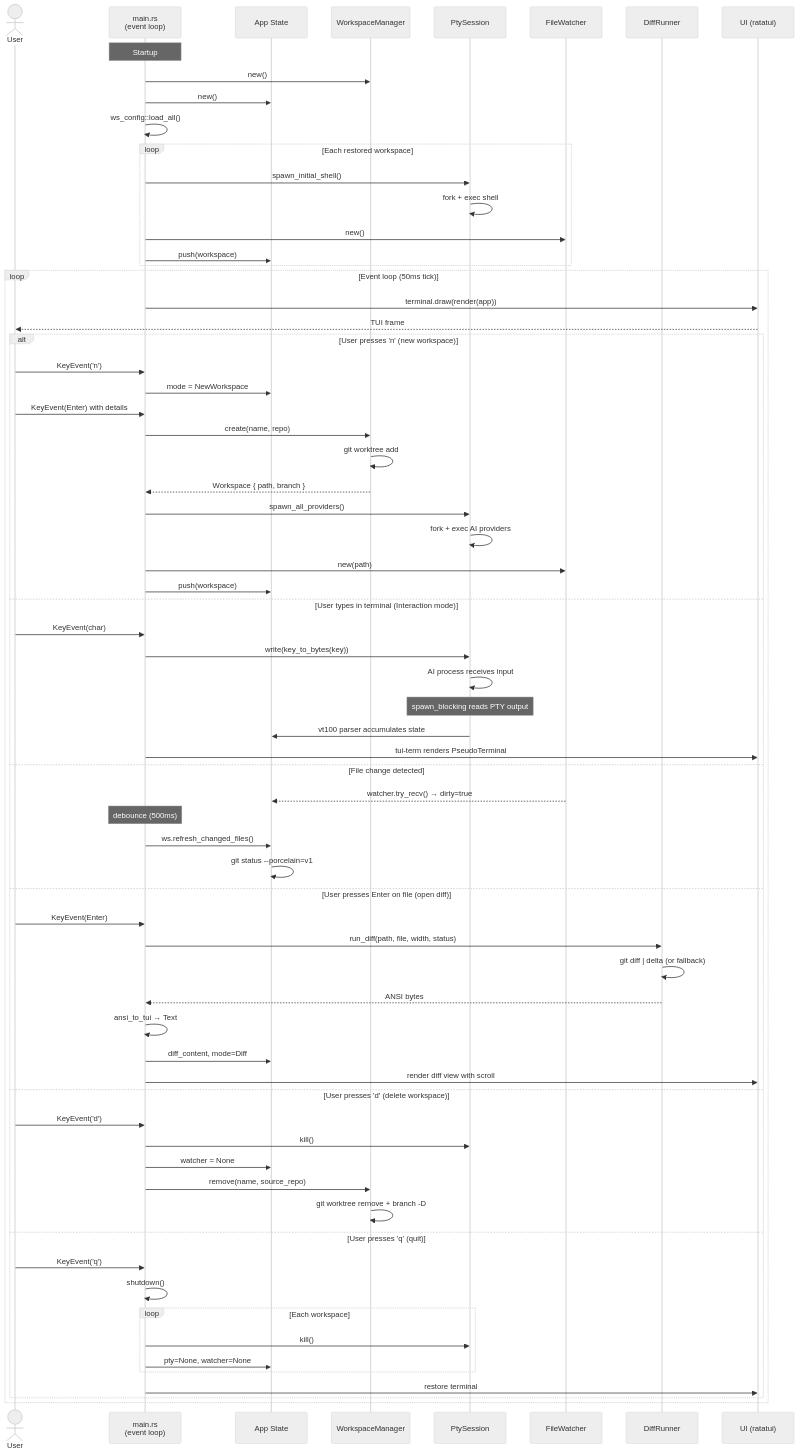
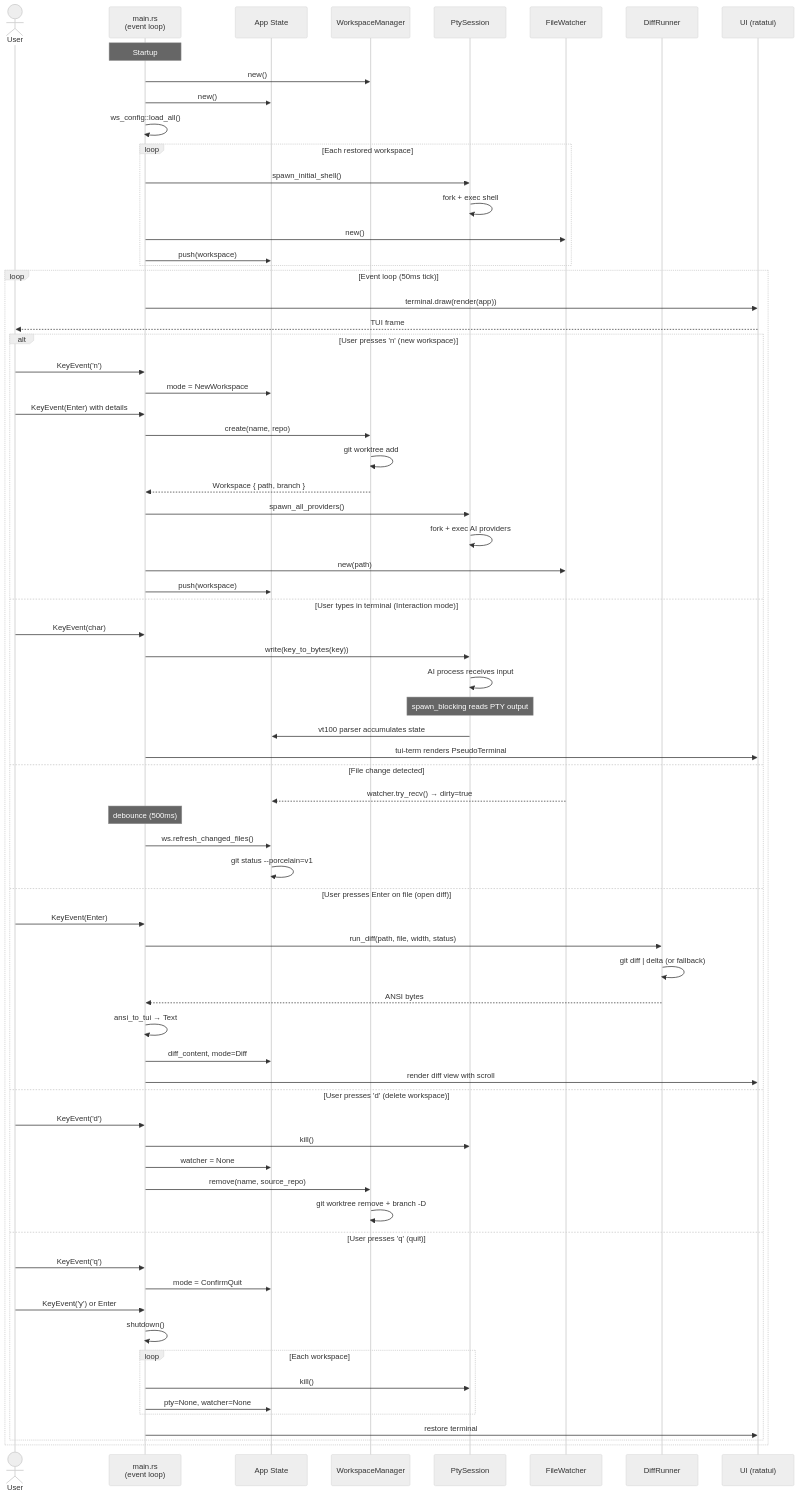
The diagram in README.md (juanknebel/piki-multi-ai), drawn with Mermaid (neutral theme) before and after one commit. The commit also changed other lines of this file and 3 other files, not shown here.

````diff
--- a/README.md
+++ b/README.md
@@ -376,79 +376,81 @@
 ```mermaid
 sequenceDiagram
     actor User
     participant Main as main.rs<br/>(event loop)
     participant App as App State
     participant WM as WorkspaceManager
     participant PTY as PtySession
     participant Watcher as FileWatcher
     participant Diff as DiffRunner
     participant UI as UI (ratatui)
 
     Note over Main: Startup
     Main->>WM: new()
     Main->>App: new()
     Main->>Main: ws_config::load_all()
     loop Each restored workspace
         Main->>PTY: spawn_initial_shell()
         PTY->>PTY: fork + exec shell
         Main->>Watcher: new()
         Main->>App: push(workspace)
     end
 
     loop Event loop (50ms tick)
         Main->>UI: terminal.draw(render(app))
         UI-->>User: TUI frame
 
         alt User presses 'n' (new workspace)
             User->>Main: KeyEvent('n')
             Main->>App: mode = NewWorkspace
             User->>Main: KeyEvent(Enter) with details
             Main->>WM: create(name, repo)
             WM->>WM: git worktree add
             WM-->>Main: Workspace { path, branch }
             Main->>PTY: spawn_all_providers()
             PTY->>PTY: fork + exec AI providers
             Main->>Watcher: new(path)
             Main->>App: push(workspace)
 
         else User types in terminal (Interaction mode)
             User->>Main: KeyEvent(char)
             Main->>PTY: write(key_to_bytes(key))
             PTY->>PTY: AI process receives input
             Note over PTY: spawn_blocking reads PTY output
             PTY->>App: vt100 parser accumulates state
             Main->>UI: tui-term renders PseudoTerminal
 
         else File change detected
             Watcher-->>App: watcher.try_recv() → dirty=true
             Note over Main: debounce (500ms)
             Main->>App: ws.refresh_changed_files()
             App->>App: git status --porcelain=v1
 
         else User presses Enter on file (open diff)
             User->>Main: KeyEvent(Enter)
             Main->>Diff: run_diff(path, file, width, status)
             Diff->>Diff: git diff | delta (or fallback)
             Diff-->>Main: ANSI bytes
             Main->>Main: ansi_to_tui → Text
             Main->>App: diff_content, mode=Diff
             Main->>UI: render diff view with scroll
 
         else User presses 'd' (delete workspace)
             User->>Main: KeyEvent('d')
             Main->>PTY: kill()
             Main->>App: watcher = None
             Main->>WM: remove(name, source_repo)
             WM->>WM: git worktree remove + branch -D
 
         else User presses 'q' (quit)
             User->>Main: KeyEvent('q')
+            Main->>App: mode = ConfirmQuit
+            User->>Main: KeyEvent('y') or Enter
             Main->>Main: shutdown()
             loop Each workspace
                 Main->>PTY: kill()
                 Main->>App: pty=None, watcher=None
             end
             Main->>UI: restore terminal
         end
     end
 ```
````
